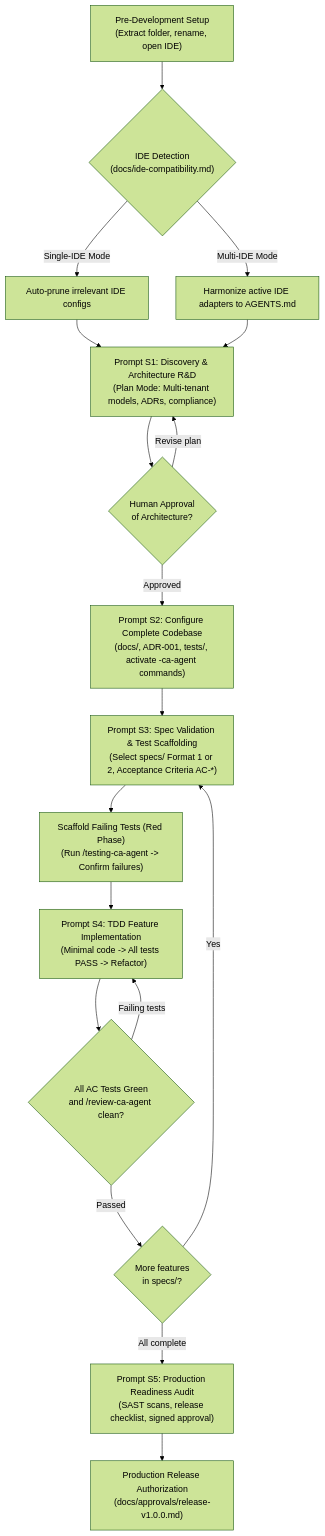
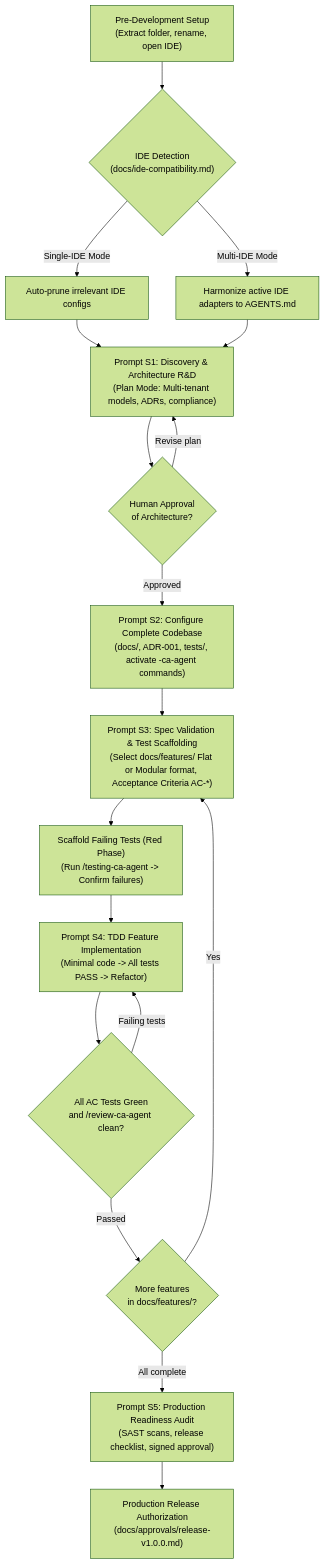
Before and after one commit to rmsofficialsyt/Agentic-AI-Vibe-Coding-AND-SDD-TDD-Codebase-Chandan-Adhikary: the second of 2 diagrams in README.md, drawn with Mermaid (forest theme). The commit also changed other lines of this file and 223 other files, not shown here.

````diff
--- a/README.md
+++ b/README.md
@@ -75,25 +75,25 @@
 ```mermaid
 flowchart TD
     SetupS["Pre-Development Setup<br/>(Extract folder, rename, open IDE)"] --> IDEDetectS{"IDE Detection<br/>(docs/ide-compatibility.md)"}
     IDEDetectS -->|"Single-IDE Mode"| PruneS["Auto-prune irrelevant IDE configs"]
     IDEDetectS -->|"Multi-IDE Mode"| SyncS["Harmonize active IDE adapters to AGENTS.md"]
     
     PruneS --> PS1["Prompt S1: Discovery & Architecture R&D<br/>(Plan Mode: Multi-tenant models, ADRs, compliance)"]
     SyncS --> PS1
     
     PS1 --> HumanS1{"Human Approval<br/>of Architecture?"}
     HumanS1 -->|"Revise plan"| PS1
     HumanS1 -->|"Approved"| PS2["Prompt S2: Configure Complete Codebase<br/>(docs/, ADR-001, tests/, activate -ca-agent commands)"]
     
-    PS2 --> PS3["Prompt S3: Spec Validation & Test Scaffolding<br/>(Select specs/ Format 1 or 2, Acceptance Criteria AC-*)"]
+    PS2 --> PS3["Prompt S3: Spec Validation & Test Scaffolding<br/>(Select docs/features/ Flat or Modular format, Acceptance Criteria AC-*)"]
     PS3 --> RedPhase["Scaffold Failing Tests (Red Phase)<br/>(Run /testing-ca-agent -> Confirm failures)"]
     
     RedPhase --> PS4["Prompt S4: TDD Feature Implementation<br/>(Minimal code -> All tests PASS -> Refactor)"]
     PS4 --> GateCheck{"All AC Tests Green<br/>and /review-ca-agent clean?"}
     GateCheck -->|"Failing tests"| PS4
-    GateCheck -->|"Passed"| NextFeature{"More features<br/>in specs/?"}
+    GateCheck -->|"Passed"| NextFeature{"More features<br/>in docs/features/?"}
     NextFeature -->|"Yes"| PS3
     NextFeature -->|"All complete"| PS5["Prompt S5: Production Readiness Audit<br/>(SAST scans, release checklist, signed approval)"]
     
     PS5 --> Release["Production Release Authorization<br/>(docs/approvals/release-v1.0.0.md)"]
 ```
````
